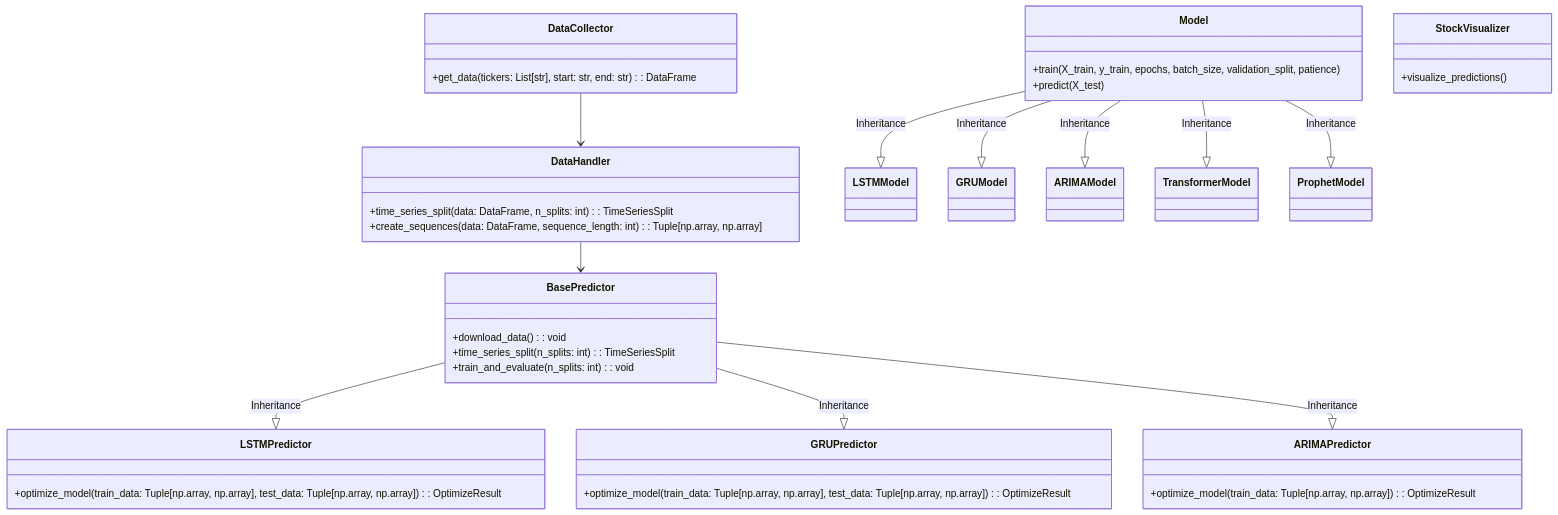
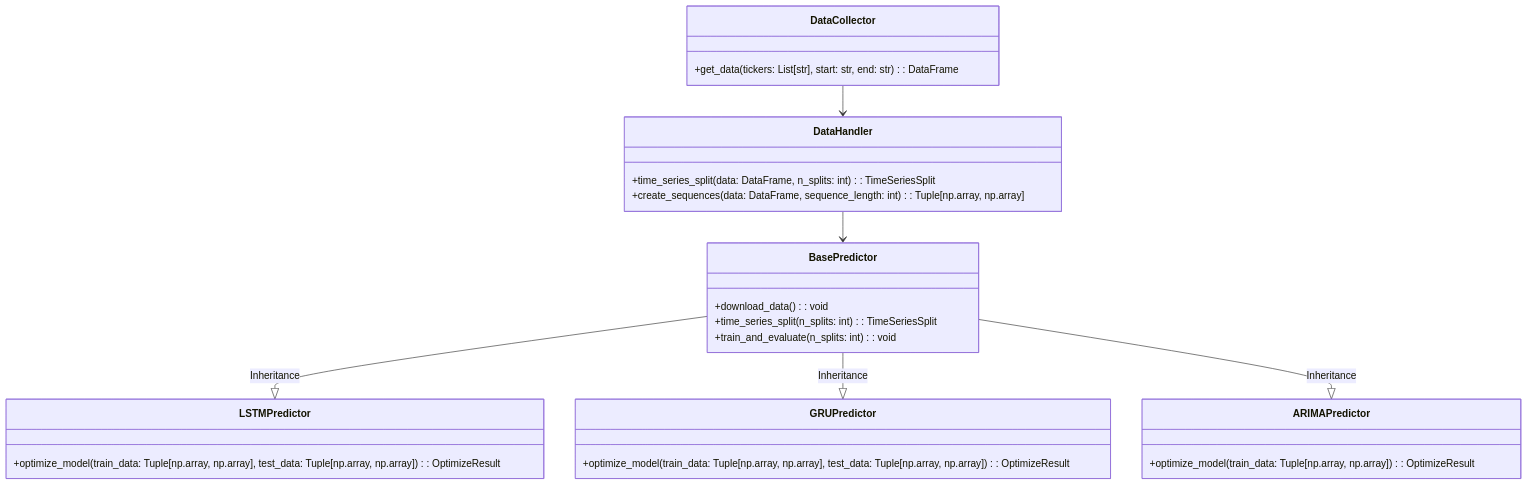
The second of 4 diagrams in README.md (xandermuse/CPSC393_Final), drawn with Mermaid before and after one commit. The commit also changed other lines of this file and 4 other files, not shown here.

````diff
--- a/README.md
+++ b/README.md
@@ -115,47 +106,29 @@
 ```mermaid
 classDiagram
     class DataCollector {
         +get_data(tickers: List[str], start: str, end: str): DataFrame
     }
     class DataHandler {
         +time_series_split(data: DataFrame, n_splits: int): TimeSeriesSplit
         +create_sequences(data: DataFrame, sequence_length: int): Tuple[np.array, np.array]
     }
     class BasePredictor {
         +download_data(): void
         +time_series_split(n_splits: int): TimeSeriesSplit
         +train_and_evaluate(n_splits: int): void
     }
     class LSTMPredictor {
         +optimize_model(train_data: Tuple[np.array, np.array], test_data: Tuple[np.array, np.array]): OptimizeResult
     }
     class GRUPredictor {
         +optimize_model(train_data: Tuple[np.array, np.array], test_data: Tuple[np.array, np.array]): OptimizeResult
     }
     class ARIMAPredictor {
         +optimize_model(train_data: Tuple[np.array, np.array]): OptimizeResult
     }
-    class Model {
-        +train(X_train, y_train, epochs, batch_size, validation_split, patience)
-        +predict(X_test)
-    }
-    class LSTMModel {
-    }
-    class GRUModel {
-    }
-    class ARIMAModel {
-    }
-    class StockVisualizer {
-        +visualize_predictions()
-    }
     DataCollector --> DataHandler
     DataHandler --> BasePredictor
     BasePredictor --|> LSTMPredictor : Inheritance
     BasePredictor --|> GRUPredictor : Inheritance
     BasePredictor --|> ARIMAPredictor : Inheritance
-    Model --|> LSTMModel : Inheritance
-    Model --|> GRUModel : Inheritance
-    Model --|> ARIMAModel : Inheritance
-    Model --|> TransformerModel : Inheritance
-    Model --|> ProphetModel : Inheritance
 ```
````
